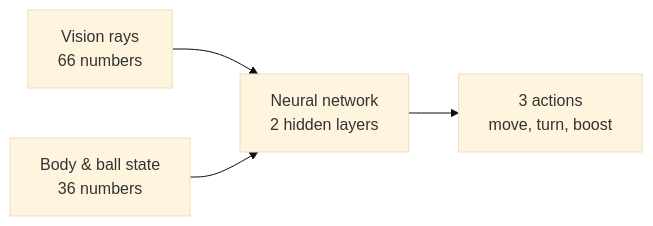
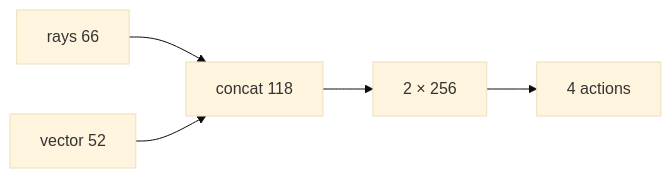
Before and after one commit to punkouter26/PoSoccer: the third of 12 diagrams in docs/architecture.md, drawn with Mermaid (base theme). The commit also changed other lines of this file and 20 other files, not shown here.

First line of the commit message:
UNITY_DOCS: wipe docs/ and regenerate the diagram + report suite

````diff
--- a/docs/architecture.md
+++ b/docs/architecture.md
@@ -50,6 +68,6 @@
 ```mermaid
 flowchart LR
-    A[Vision rays\n66 numbers] --> N[Neural network\n2 hidden layers]
-    B[Body & ball state\n36 numbers] --> N
-    N --> C[3 actions\nmove, turn, boost]
+    R[rays 66] --> C[concat 118]
+    V[vector 52] --> C
+    C --> H[2 × 256] --> A[4 actions]
 ```
````
